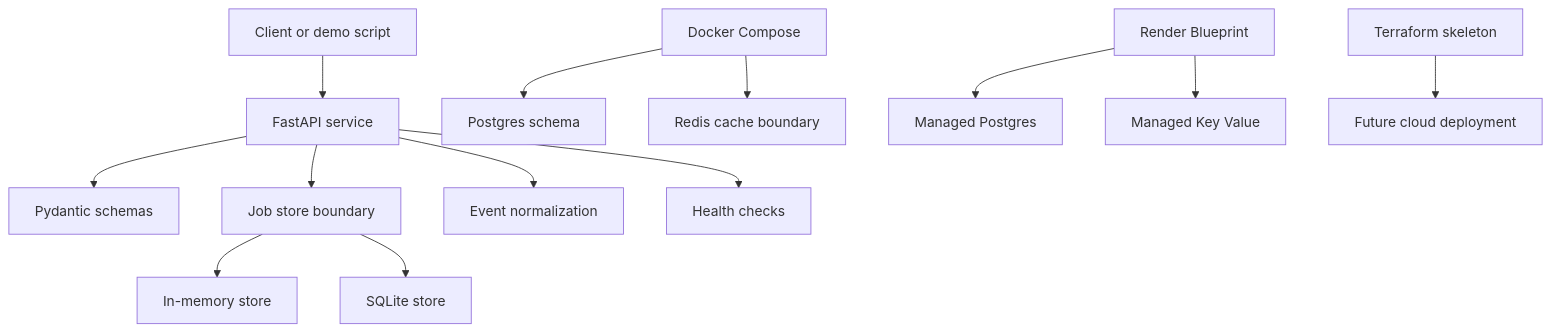
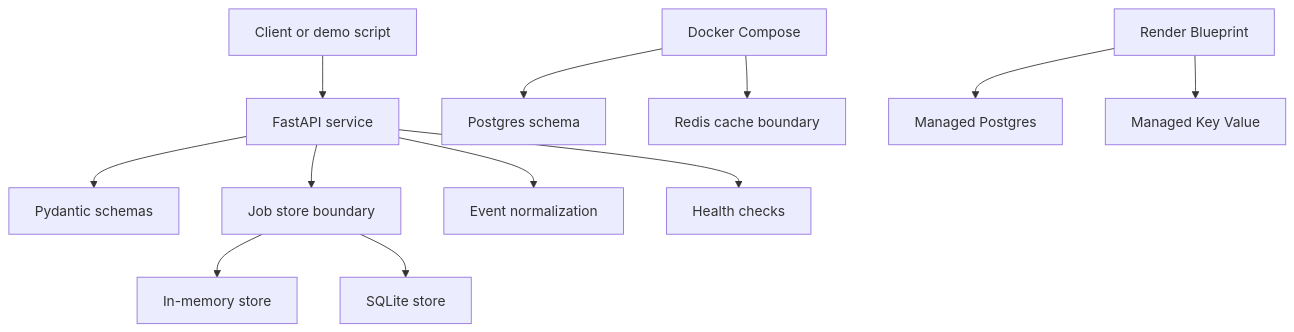
Before and after one commit to nguyenthevietquang07/cloud-infra-lab: the second of 2 diagrams in README.md, drawn with Mermaid. The commit also changed other lines of this file and 4 other files, not shown here.

````diff
--- a/README.md
+++ b/README.md
@@ -57,15 +56,14 @@
 ```mermaid
 flowchart TB
     Client["Client or demo script"] --> API["FastAPI service"]
     API --> Schemas["Pydantic schemas"]
     API --> Jobs["Job store boundary"]
     Jobs --> Memory["In-memory store"]
     Jobs --> SQLite["SQLite store"]
     API --> Events["Event normalization"]
     API --> Health["Health checks"]
     Compose["Docker Compose"] --> Postgres["Postgres schema"]
     Compose --> Redis["Redis cache boundary"]
     Render["Render Blueprint"] --> RenderPostgres["Managed Postgres"]
     Render --> RenderRedis["Managed Key Value"]
-    Terraform["Terraform skeleton"] --> Cloud["Future cloud deployment"]
 ```
````
